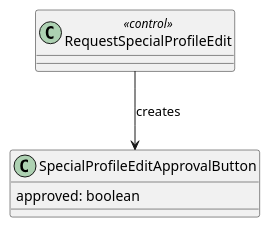
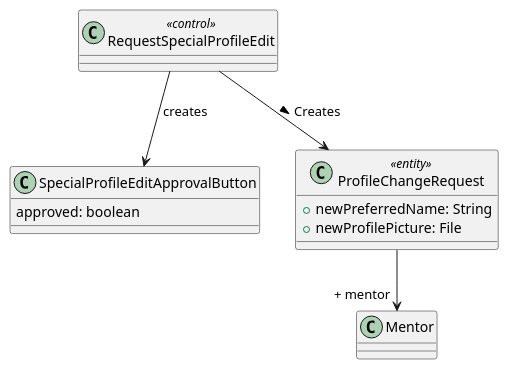
The second of 2 diagrams in Use Cases/RequestSpecialProfileEdit.iuml (bmb0136/COMP-3700-Project), drawn with PlantUML before and after one commit. The commit also changed 1 other file, not shown here.

Commit message:
add ProfileChangeRequest to RSPE

```diff
--- a/Use Cases/RequestSpecialProfileEdit.iuml
+++ b/Use Cases/RequestSpecialProfileEdit.iuml
@@ -35,9 +35,15 @@
 @startuml Request Special Profile Edit Object Diagram
 class RequestSpecialProfileEdit <<control>> {}
 
 class SpecialProfileEditApprovalButton
 {
 approved: boolean
 }
 RequestSpecialProfileEdit --> SpecialProfileEditApprovalButton: creates
+RequestSpecialProfileEdit --> ProfileChangeRequest: Creates >
+class ProfileChangeRequest <<entity>> {
+  + newPreferredName: String
+  + newProfilePicture: File
+}
+ProfileChangeRequest --> "+ mentor" Mentor
 @enduml
```
